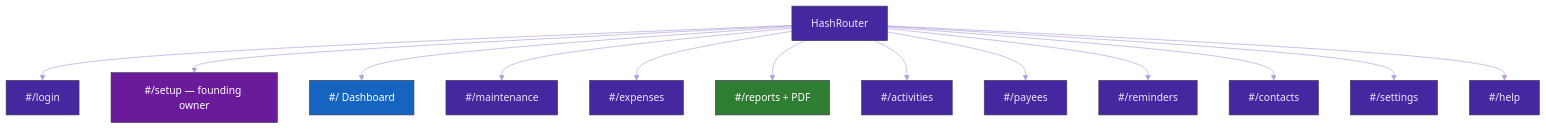
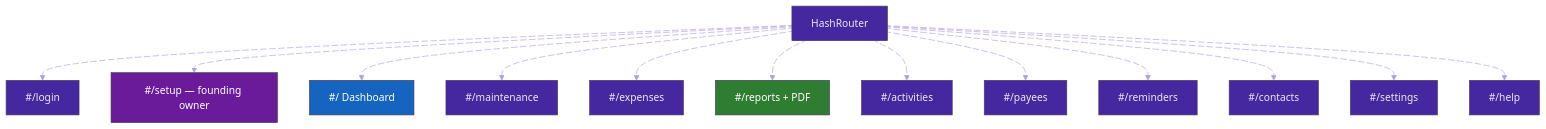
One commit to theprideoftirumala/AppartmentApp changed the sixth of 7 diagrams in Architecture.md. Above: the diagram before and after it, drawn with Mermaid. The commit also changed other lines of this file and 7 other files, not shown here.

````diff
--- a/Architecture.md
+++ b/Architecture.md
@@ -147,19 +182,32 @@
 ```mermaid
 %%{init: {'theme': 'base', 'themeVariables': {'primaryColor': '#4527a0', 'background': '#100818', 'primaryTextColor': '#ede7f6', 'lineColor': '#b39ddb'}}}%%
 flowchart TD
-    R["HashRouter"] --> L["#/login"]
-    R --> S["#/setup — founding owner"]
-    R --> D["#/ Dashboard"]
-    R --> M["#/maintenance"]
-    R --> E["#/expenses"]
-    R --> P["#/reports + PDF"]
-    R --> A["#/activities"]
-    R --> Y["#/payees"]
-    R --> N["#/reminders"]
-    R --> C["#/contacts"]
-    R --> T["#/settings"]
-    R --> H["#/help"]
+    R["HashRouter"] e1@--> L["#/login"]
+    R e2@--> S["#/setup — founding owner"]
+    R e3@--> D["#/ Dashboard"]
+    R e4@--> M["#/maintenance"]
+    R e5@--> E["#/expenses"]
+    R e6@--> P["#/reports + PDF"]
+    R e7@--> A["#/activities"]
+    R e8@--> Y["#/payees"]
+    R e9@--> N["#/reminders"]
+    R e10@--> C["#/contacts"]
+    R e11@--> T["#/settings"]
+    R e12@--> H["#/help"]
     style S fill:#6a1b9a,color:#fff
     style D fill:#1565c0,color:#fff
     style P fill:#2e7d32,color:#fff
+
+    e1@{ animation: fast }
+    e2@{ animation: fast }
+    e3@{ animation: fast }
+    e4@{ animation: fast }
+    e5@{ animation: fast }
+    e6@{ animation: fast }
+    e7@{ animation: fast }
+    e8@{ animation: fast }
+    e9@{ animation: fast }
+    e10@{ animation: fast }
+    e11@{ animation: fast }
+    e12@{ animation: fast }
 ```
````
